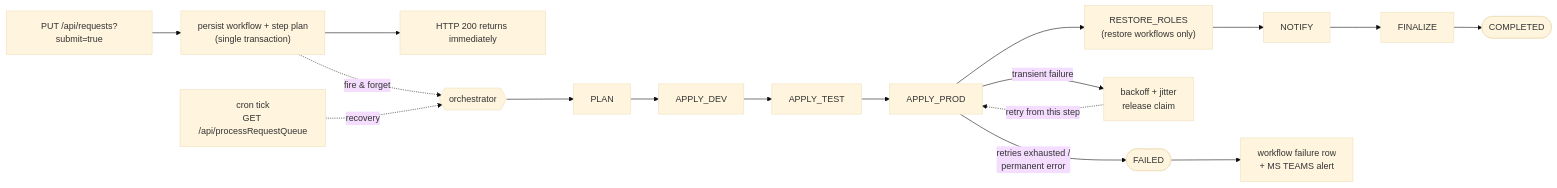
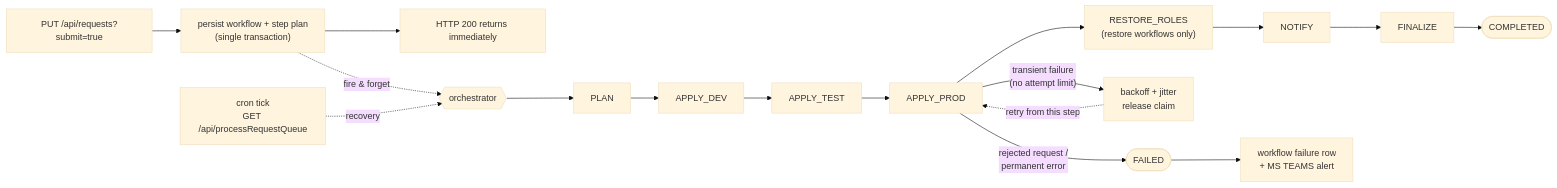
One commit to bcgov/sso-requests changed the first of 5 diagrams in docs/adr/0001-async-integration-submission-saga.md. Above: the diagram before and after it, drawn with Mermaid (base theme). The commit also changed other lines of this file and 32 other files, not shown here.

````diff
--- a/docs/adr/0001-async-integration-submission-saga.md
+++ b/docs/adr/0001-async-integration-submission-saga.md
@@ -42,19 +42,19 @@
 ```mermaid
 flowchart LR
   A["PUT /api/requests?submit=true"] --> B["persist workflow + step plan<br/>(single transaction)"]
   B --> C["HTTP 200 returns immediately"]
   B -. "fire & forget" .-> D{{orchestrator}}
   E["cron tick<br/>GET /api/processRequestQueue"] -. "recovery" .-> D
   D --> F[PLAN]
   F --> G[APPLY_DEV]
   G --> H[APPLY_TEST]
   H --> I[APPLY_PROD]
   I --> J["RESTORE_ROLES<br/>(restore workflows only)"]
   J --> L[NOTIFY]
   L --> K[FINALIZE]
   K --> M([COMPLETED])
-  I -- "transient failure" --> N["backoff + jitter<br/>release claim"]
+  I -- "transient failure<br/>(no attempt limit)" --> N["backoff + jitter<br/>release claim"]
   N -. "retry from this step" .-> I
-  I -- "retries exhausted /<br/>permanent error" --> O([FAILED])
+  I -- "rejected request /<br/>permanent error" --> O([FAILED])
   O --> P["workflow failure row<br/>+ MS TEAMS alert"]
 ```
````
